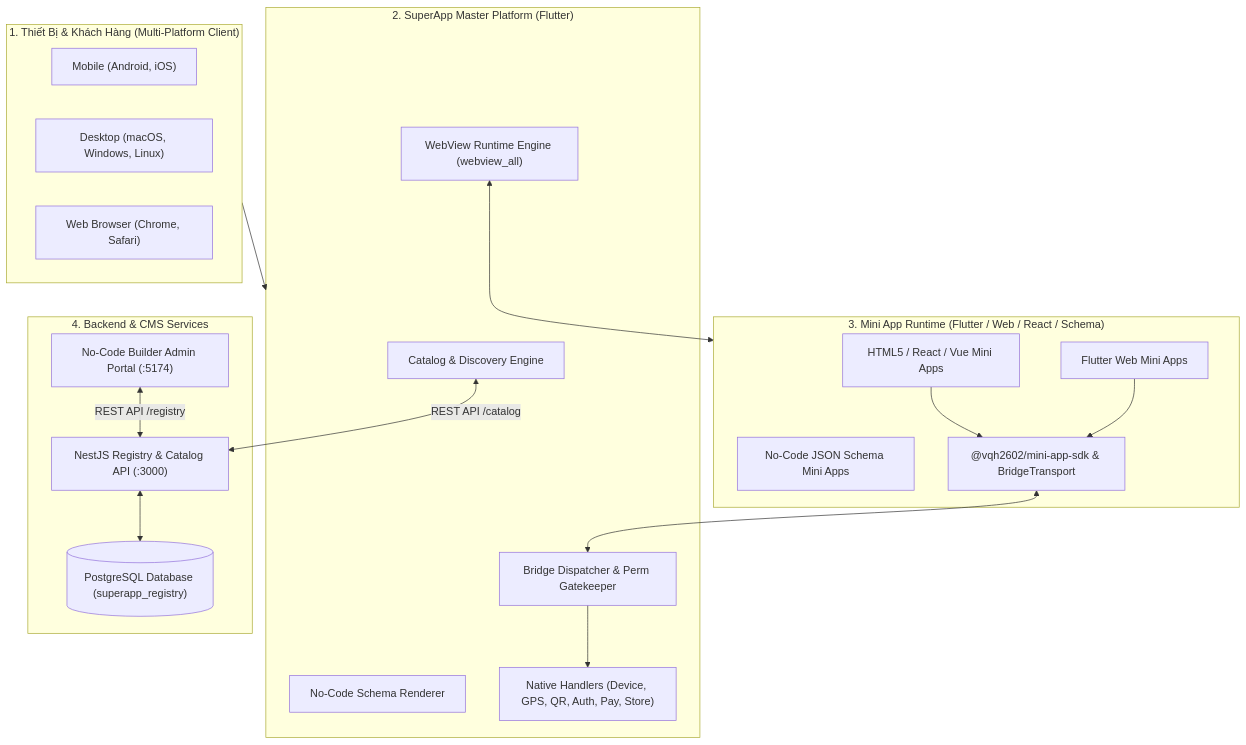
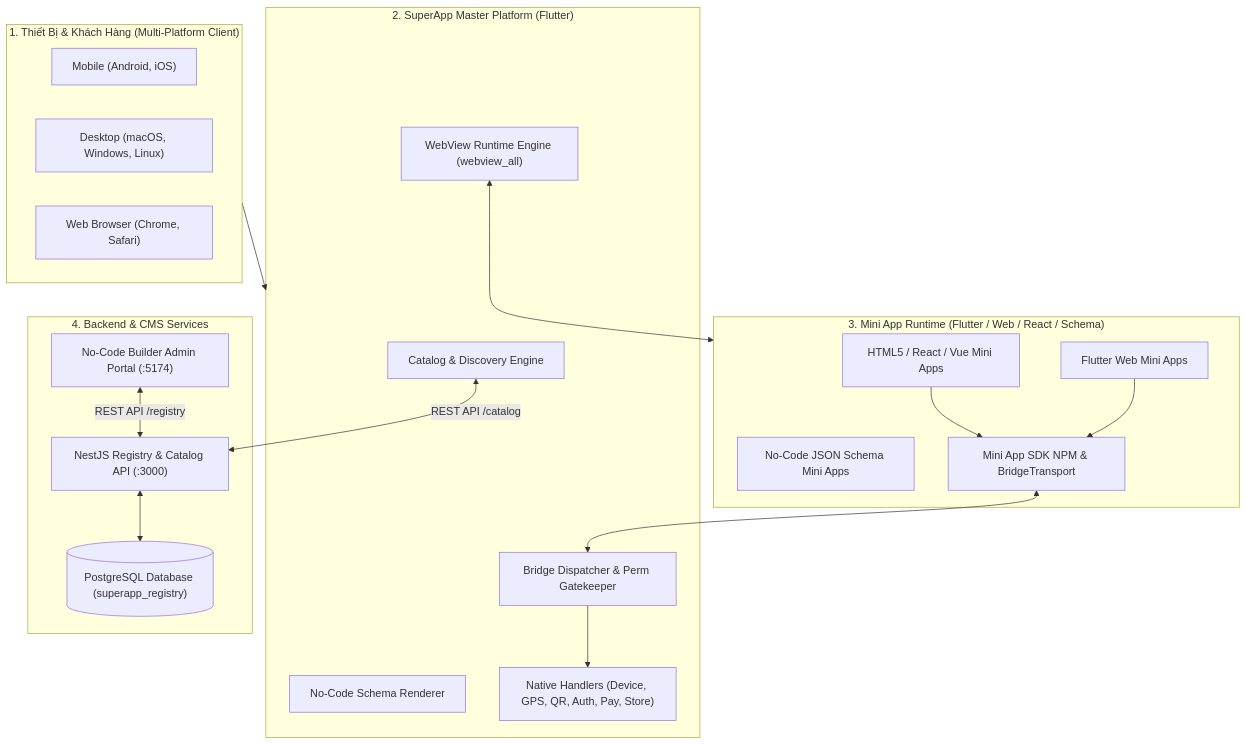
One commit to vqh2602/superapp_platform changed the diagram in README.md. Above: the diagram before and after it, drawn with Mermaid. The commit also changed 1 other file, not shown here.

Commit message:
docs: remove @ symbol from mermaid diagram edge labels and node labels

````diff
--- a/README.md
+++ b/README.md
@@ -53,40 +53,40 @@
 ```mermaid
 flowchart TB
     subgraph ClientDevices["1. Thiết Bị & Khách Hàng (Multi-Platform Client)"]
         MobileApp["Mobile (Android, iOS)"]
         DesktopApp["Desktop (macOS, Windows, Linux)"]
         WebApp["Web Browser (Chrome, Safari)"]
     end
 
     subgraph FlutterShell["2. SuperApp Master Platform (Flutter)"]
         CatalogModule["Catalog & Discovery Engine"]
         WebViewRuntime["WebView Runtime Engine (webview_all)"]
         SchemaEngine["No-Code Schema Renderer"]
         BridgeDispatcher["Bridge Dispatcher & Perm Gatekeeper"]
         NativeHandlers["Native Handlers (Device, GPS, QR, Auth, Pay, Store)"]
     end
 
     subgraph MiniAppSandbox["3. Mini App Runtime (Flutter / Web / React / Schema)"]
         FlutterMiniApp["Flutter Web Mini Apps"]
         WebMiniApp["HTML5 / React / Vue Mini Apps"]
         SchemaMiniApp["No-Code JSON Schema Mini Apps"]
-        SDK["@vqh2602/mini-app-sdk & BridgeTransport"]
+        SDK["Mini App SDK NPM & BridgeTransport"]
     end
 
     subgraph BackendServices["4. Backend & CMS Services"]
         NestServer["NestJS Registry & Catalog API (:3000)"]
         PostgresDB[("PostgreSQL Database (superapp_registry)")]
         BuilderCMS["No-Code Builder Admin Portal (:5174)"]
     end
 
     ClientDevices --> FlutterShell
     WebViewRuntime <--> MiniAppSandbox
     FlutterMiniApp --> SDK
     WebMiniApp --> SDK
     SDK <--> BridgeDispatcher
     BridgeDispatcher --> NativeHandlers
 
     CatalogModule <-->|REST API /catalog| NestServer
     BuilderCMS <-->|REST API /registry| NestServer
     NestServer <--> PostgresDB
 ```
````
